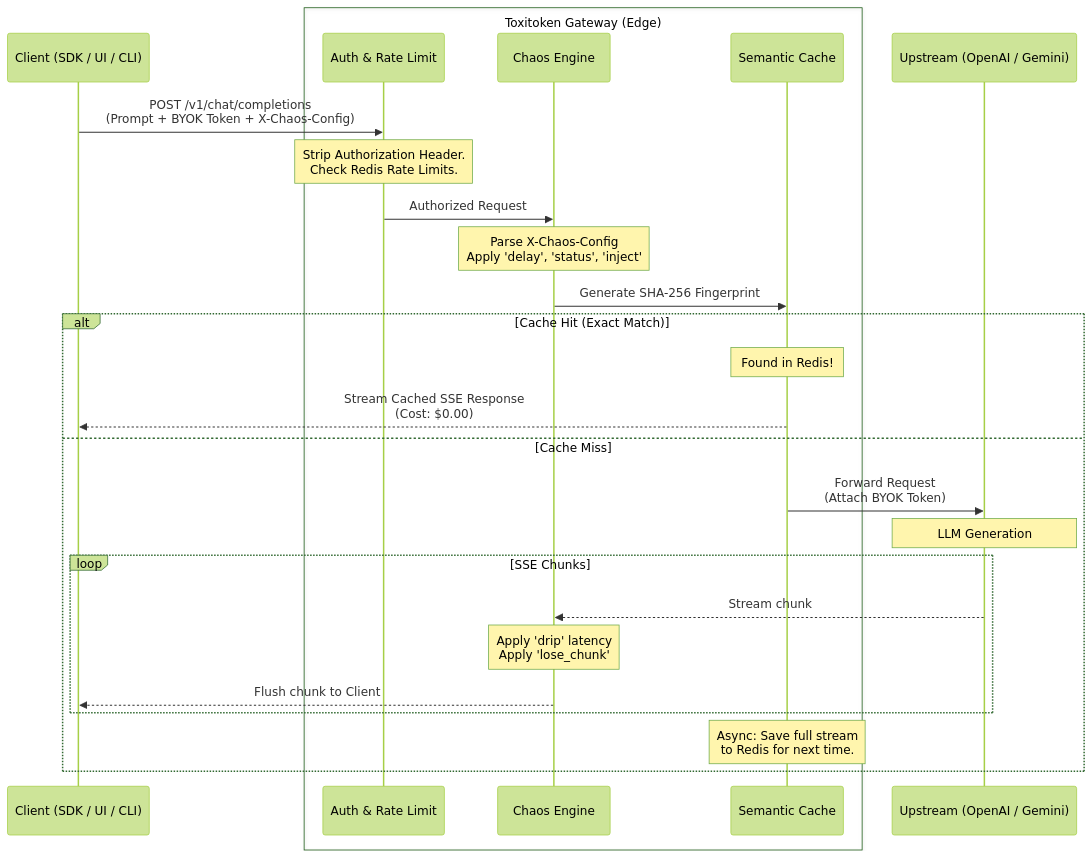
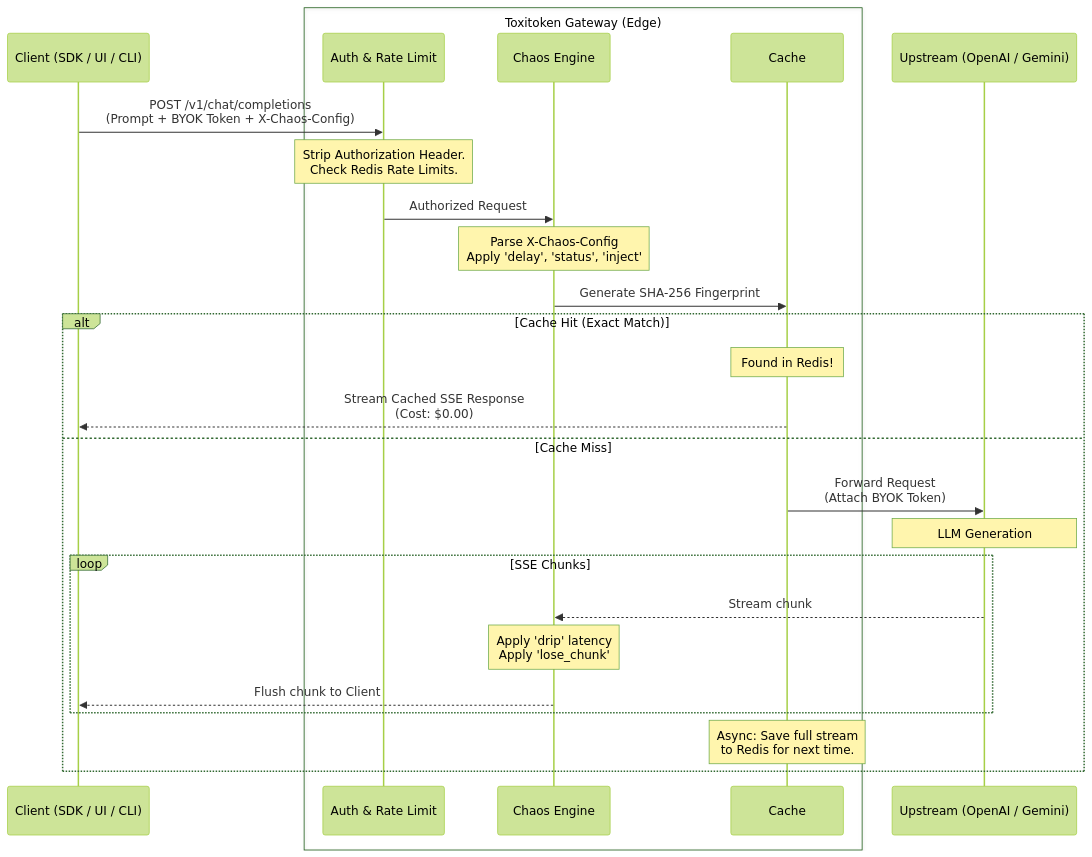
Before and after one commit to gia-nghi159/toxitoken: the diagram in README.md, drawn with Mermaid (forest theme). The commit also changed other lines of this file, not shown here.

````diff
--- a/README.md
+++ b/README.md
@@ -114,42 +114,42 @@
 ```mermaid
 sequenceDiagram
     participant C as Client (SDK / UI / CLI)
     box Toxitoken Gateway (Edge)
         participant A as Auth & Rate Limit
         participant Ch as Chaos Engine
-        participant Ca as Semantic Cache
+        participant Ca as Cache
     end
     participant U as Upstream (OpenAI / Gemini)
 
     %% 1. Request Initiation
     C->>A: POST /v1/chat/completions<br/>(Prompt + BYOK Token + X-Chaos-Config)
     
     %% 2. Security & Guardrails
     Note over A: Strip Authorization Header.<br/>Check Redis Rate Limits.
     A->>Ch: Authorized Request
     
     %% 3. Chaos Injection
     Note over Ch: Parse X-Chaos-Config<br/>Apply 'delay', 'status', 'inject'
     
     %% 4. Caching
     Ch->>Ca: Generate SHA-256 Fingerprint
     
     alt Cache Hit (Exact Match)
         Note over Ca: Found in Redis!
         Ca-->>C: Stream Cached SSE Response<br/>(Cost: $0.00)
     else Cache Miss
         %% 5. Upstream Forwarding
         Ca->>U: Forward Request<br/>(Attach BYOK Token)
         Note over U: LLM Generation
         
         %% 6. Streaming & Mid-flight Chaos
         loop SSE Chunks
             U-->>Ch: Stream chunk
             Note over Ch: Apply 'drip' latency<br/>Apply 'lose_chunk'
             Ch-->>C: Flush chunk to Client
         end
         
         %% 7. Async Cache Save
         Note over Ca: Async: Save full stream<br/>to Redis for next time.
     end
 ```
````
